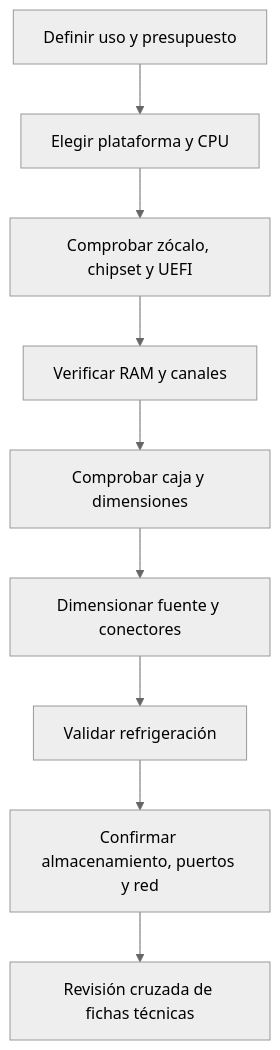
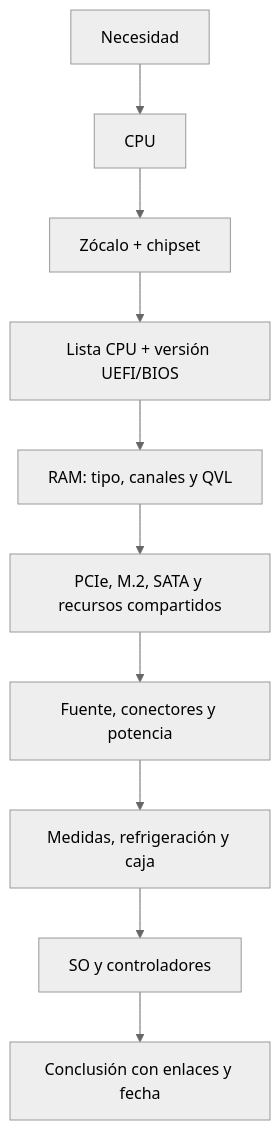
Before and after one commit to davidmolinafernadez/DAM-SI: the diagram in UD1/Teoria/02-componentes-y-compatibilidad.md, drawn with Mermaid (neutral theme). The commit also changed other lines of this file and 17 other files, not shown here.

````diff
--- a/UD1/Teoria/02-componentes-y-compatibilidad.md
+++ b/UD1/Teoria/02-componentes-y-compatibilidad.md
@@ -166,11 +57,12 @@
 ```mermaid
 flowchart TD
-    USE["Definir uso y presupuesto"] --> CPU["Elegir plataforma y CPU"]
-    CPU --> BOARD["Comprobar zócalo, chipset y UEFI"]
-    BOARD --> RAM["Verificar RAM y canales"]
-    RAM --> CASE["Comprobar caja y dimensiones"]
-    CASE --> POWER["Dimensionar fuente y conectores"]
-    POWER --> COOL["Validar refrigeración"]
-    COOL --> IO["Confirmar almacenamiento, puertos y red"]
-    IO --> REVIEW["Revisión cruzada de fichas técnicas"]
+  N[Necesidad] --> C[CPU]
+  C --> S[Zócalo + chipset]
+  S --> B[Lista CPU + versión UEFI/BIOS]
+  B --> R[RAM: tipo, canales y QVL]
+  R --> X[PCIe, M.2, SATA y recursos compartidos]
+  X --> F[Fuente, conectores y potencia]
+  F --> M[Medidas, refrigeración y caja]
+  M --> P[SO y controladores]
+  P --> E[Conclusión con enlaces y fecha]
 ```
````
